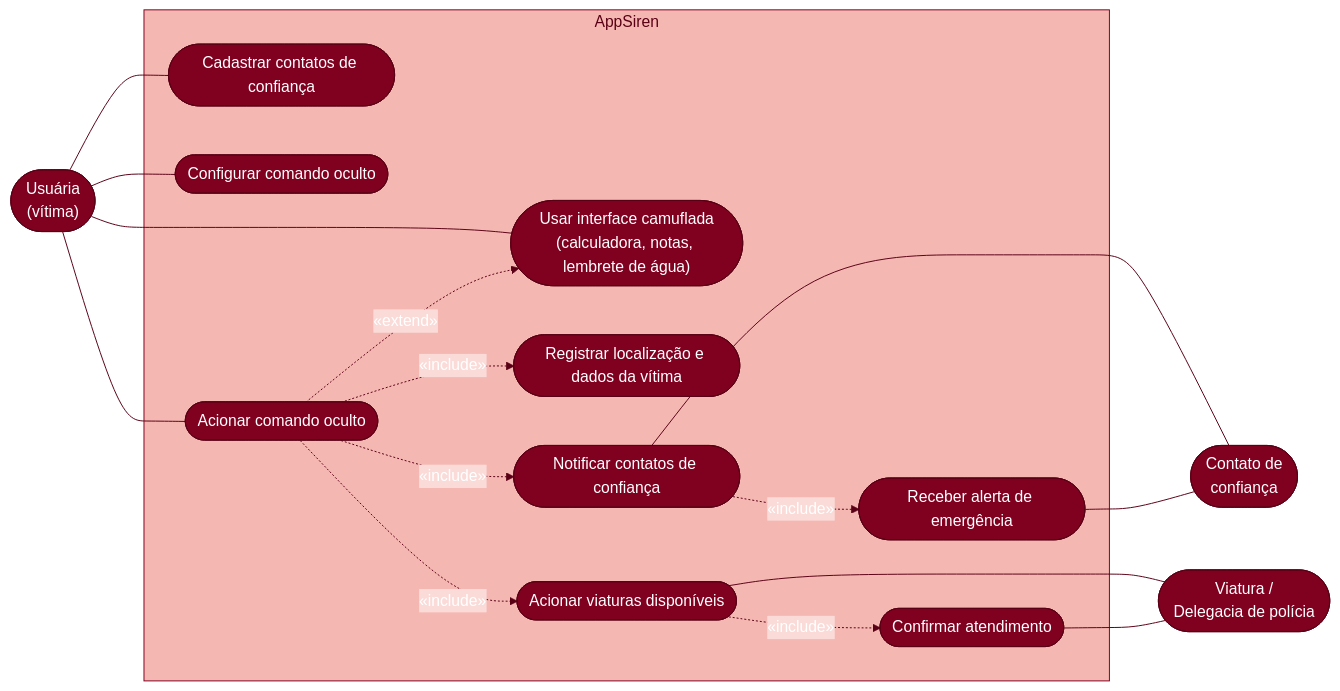
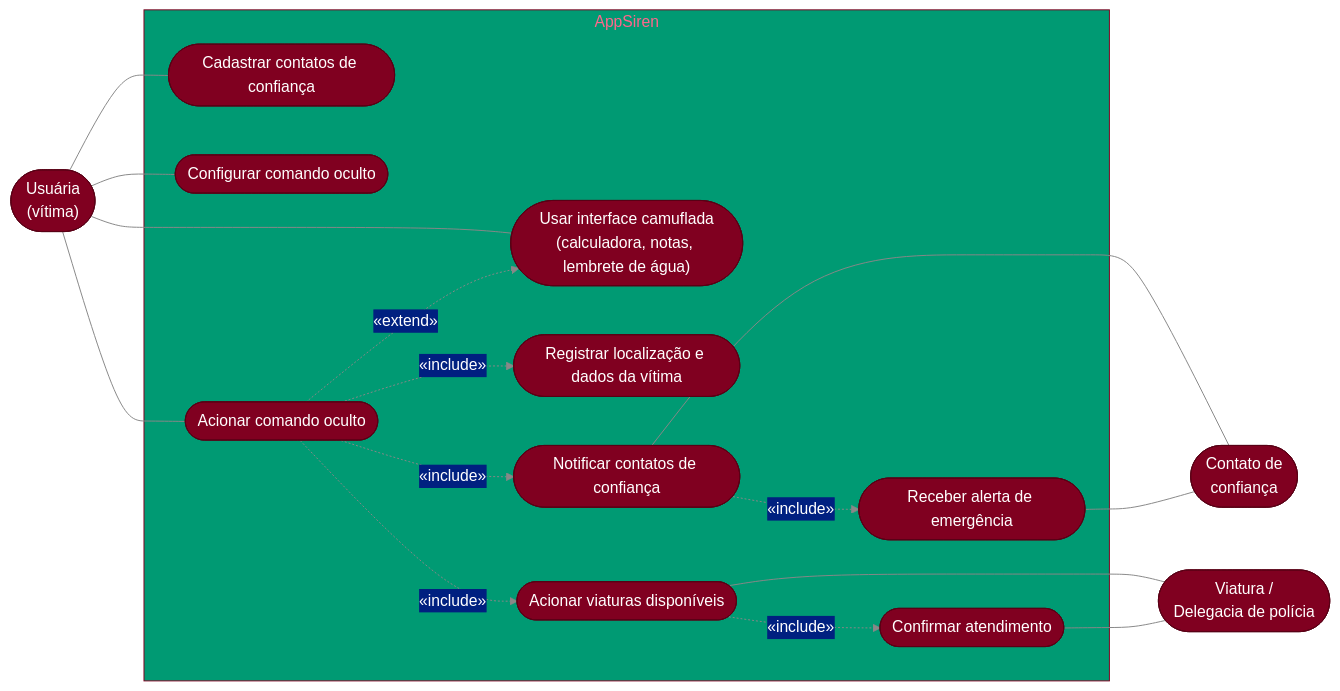
One commit to ProAtom10/Siren changed the diagram in documentacao/diagramas.md. Above: the diagram before and after it, drawn with Mermaid.

Commit message:
Refactor Mermaid diagram theme settings
Updated the Mermaid diagram initialization parameters, modifying the line color and removing some background settings.

````diff
--- a/documentacao/diagramas.md
+++ b/documentacao/diagramas.md
@@ -1,36 +1,36 @@
 ```mermaid
-%%{init: {'theme':'base','themeVariables':{'background':'#FADBD8','primaryColor':'#800020','primaryTextColor':'#FFFFFF','primaryBorderColor':'#5A0016','lineColor':'#5A0016','clusterBkg':'#F5B7B1','clusterBorder':'#800020','edgeLabelBackground':'#FADBD8','titleColor':'#5A0016'}}}%%
+%%{init: {'theme':'base','themeVariables':{'primaryColor':'#800020','primaryTextColor':'#FFFFFF','primaryBorderColor':'#5A0016','lineColor':'#888888','clusterBorder':'#800020'}}}%%
 flowchart LR
     Usuaria(["Usuária<br/>(vítima)"])
     Contato(["Contato de<br/>confiança"])
     Viatura(["Viatura /<br/>Delegacia de polícia"])
 
     subgraph Sistema["AppSiren"]
         UC1(["Usar interface camuflada<br/>(calculadora, notas, lembrete de água)"])
         UC2(["Cadastrar contatos de confiança"])
         UC3(["Configurar comando oculto"])
         UC4(["Acionar comando oculto"])
         UC5(["Registrar localização e dados da vítima"])
         UC6(["Notificar contatos de confiança"])
         UC7(["Acionar viaturas disponíveis"])
         UC8(["Receber alerta de emergência"])
         UC9(["Confirmar atendimento"])
     end
 
     Usuaria --- UC1
     Usuaria --- UC2
     Usuaria --- UC3
     Usuaria --- UC4
 
     UC4 -. "«include»" .-> UC5
     UC4 -. "«include»" .-> UC6
     UC4 -. "«include»" .-> UC7
     UC4 -. "«extend»" .-> UC1
 
     UC6 --- Contato
     UC8 --- Contato
     UC7 --- Viatura
     UC9 --- Viatura
     UC6 -. "«include»" .-> UC8
     UC7 -. "«include»" .-> UC9
 ```
````
